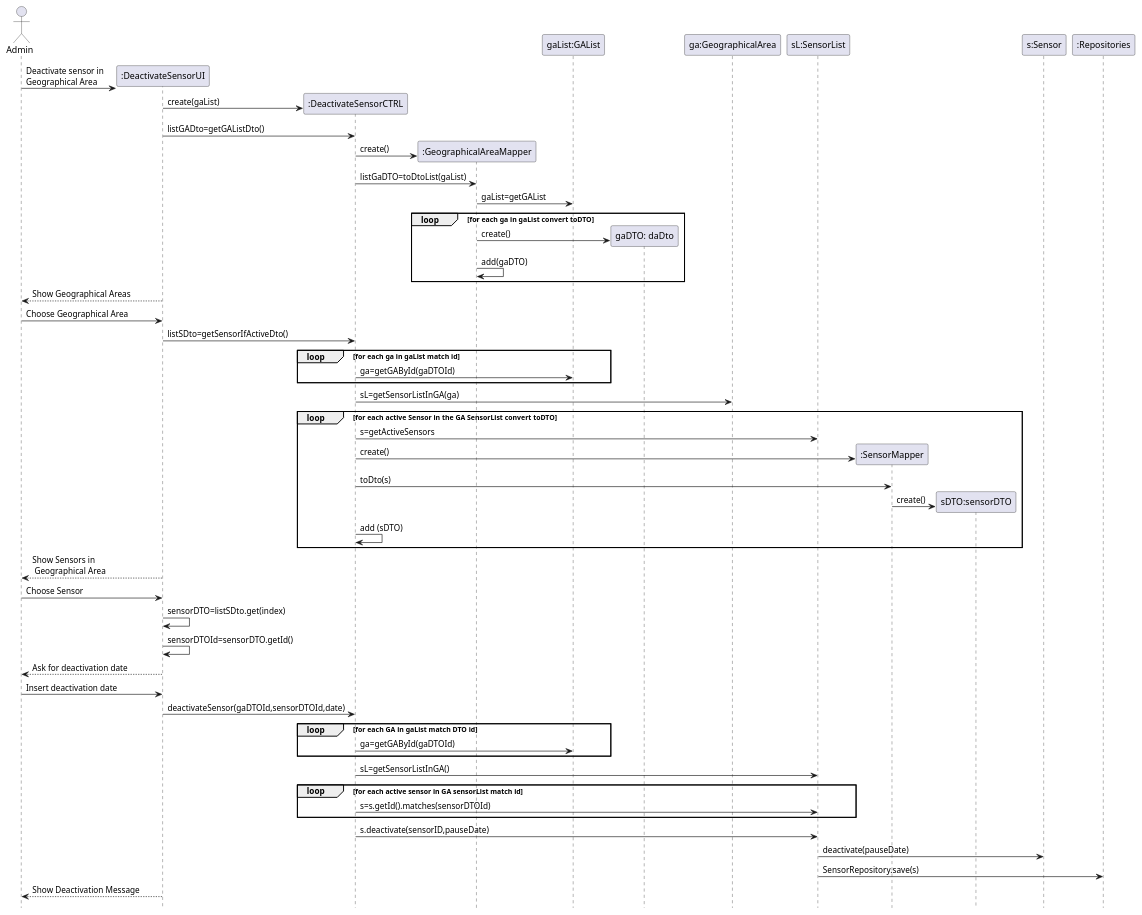
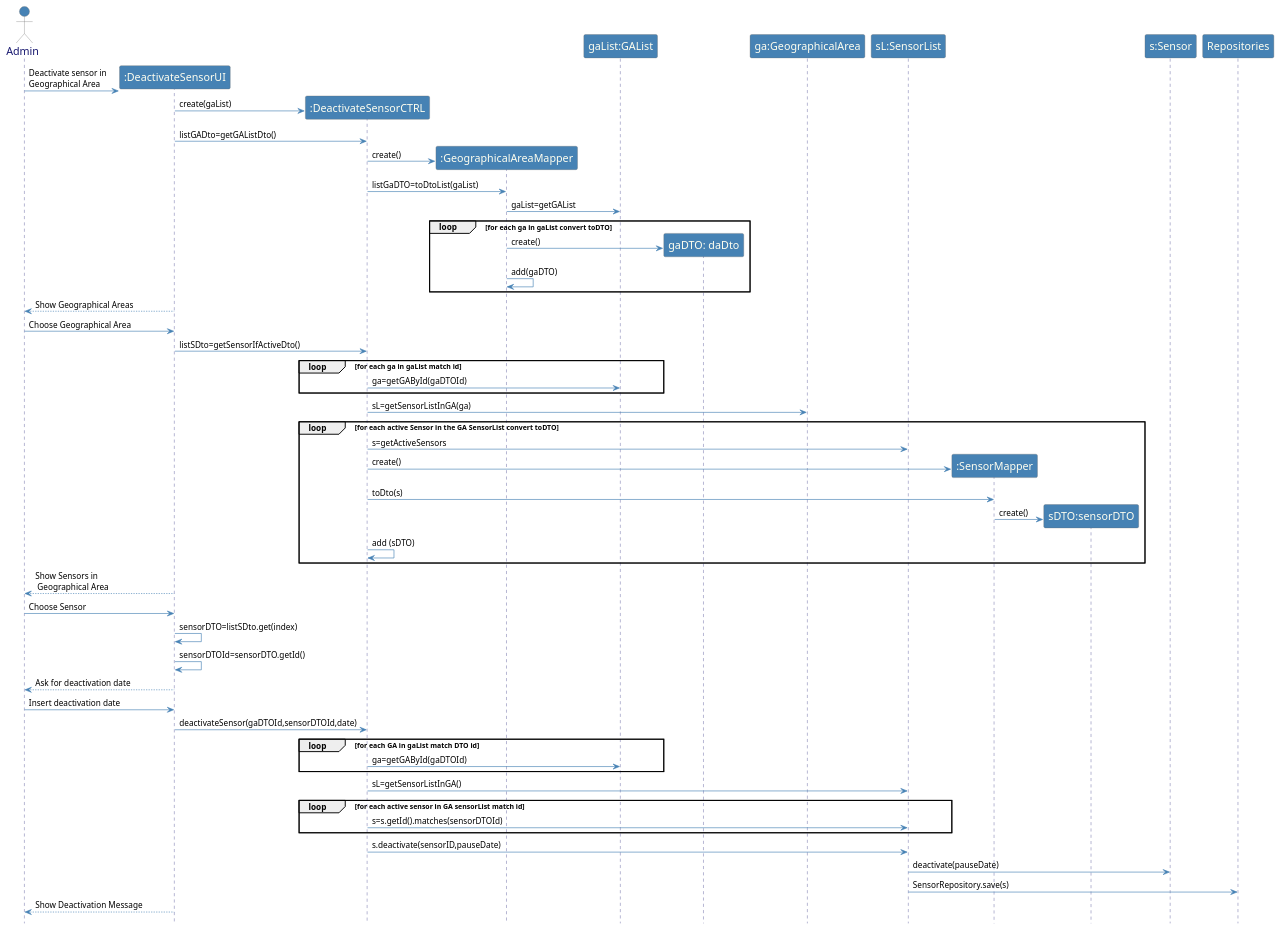
The diagram in src/main/java/smarthome/controller/sequenceDiagrams/sd_DeactivateSensor.puml (emanuel-pereira/hou), drawn with PlantUML before and after one commit. The commit also changed 1 other file, not shown here.

Commit message:
Update Diagrams. Ref #119

```diff
--- a/src/main/java/smarthome/controller/sequenceDiagrams/sd_DeactivateSensor.puml
+++ b/src/main/java/smarthome/controller/sequenceDiagrams/sd_DeactivateSensor.puml
@@ -1,69 +1,95 @@
 @startuml
 hidefootbox
+
+skinparam sequence {
+	ArrowColor SteelBlue
+	ActorBorderColor Dimgray
+	LifeLineBorderColor MidnightBlue
+	LifeLineBackgroundColor #A9DCDF
+
+	ParticipantBorderColor Dimgray
+	ParticipantBackgroundColor SteelBlue
+	ParticipantFontName Calibri Bold
+	ParticipantFontSize 17
+	ParticipantFontColor Ivory
+
+	ActorBackgroundColor SteelBlue
+	ActorFontColor MidnightBlue
+	ActorFontSize 17
+	ActorFontName Aapex
+
+}
+
+skinparam note {
+BorderColor SteelBlue
+}
+
+
+
 actor Admin
 
 create ":DeactivateSensorUI"
 Admin -> ":DeactivateSensorUI":  Deactivate sensor in \nGeographical Area
 create ":DeactivateSensorCTRL"
 ":DeactivateSensorUI" -> ":DeactivateSensorCTRL": create(gaList)
 
 ":DeactivateSensorUI" -> ":DeactivateSensorCTRL": listGADto=getGAListDto()
 
 create ":GeographicalAreaMapper"
 ":DeactivateSensorCTRL"->":GeographicalAreaMapper":create()
 ":DeactivateSensorCTRL"->":GeographicalAreaMapper":listGaDTO=toDtoList(gaList)
 ":GeographicalAreaMapper" -> "gaList:GAList": gaList=getGAList
 
 loop for each ga in gaList convert toDTO
 create "gaDTO: daDto"
 ":GeographicalAreaMapper"->"gaDTO: daDto":create()
 ":GeographicalAreaMapper"->":GeographicalAreaMapper":add(gaDTO)
 end
 
 Admin <-- ":DeactivateSensorUI": Show Geographical Areas
 Admin -> ":DeactivateSensorUI": Choose Geographical Area
 
 
 ":DeactivateSensorUI" -> ":DeactivateSensorCTRL": listSDto=getSensorIfActiveDto()
 loop for each ga in gaList match id
 ":DeactivateSensorCTRL"->"gaList:GAList": ga=getGAById(gaDTOId)
 end
 
 ":DeactivateSensorCTRL"->"ga:GeographicalArea":sL=getSensorListInGA(ga)
 
 loop for each active Sensor in the GA SensorList convert toDTO
 ":DeactivateSensorCTRL" -> "sL:SensorList":s=getActiveSensors
 create ":SensorMapper"
 ":DeactivateSensorCTRL"->":SensorMapper":create()
 ":DeactivateSensorCTRL"->":SensorMapper":toDto(s)
 create "sDTO:sensorDTO"
 ":SensorMapper"->"sDTO:sensorDTO":create()
 ":DeactivateSensorCTRL" -> ":DeactivateSensorCTRL":add (sDTO)
 end
 
 Admin <-- ":DeactivateSensorUI": Show Sensors in\n Geographical Area
 Admin -> ":DeactivateSensorUI": Choose Sensor
 
 ":DeactivateSensorUI" -> ":DeactivateSensorUI":sensorDTO=listSDto.get(index)
 ":DeactivateSensorUI" -> ":DeactivateSensorUI":sensorDTOId=sensorDTO.getId()
 
 Admin <-- ":DeactivateSensorUI": Ask for deactivation date
 Admin -> ":DeactivateSensorUI": Insert deactivation date
 
 ":DeactivateSensorUI" -> ":DeactivateSensorCTRL":deactivateSensor(gaDTOId,sensorDTOId,date)
 
 loop for each GA in gaList match DTO id
 ":DeactivateSensorCTRL"->"gaList:GAList": ga=getGAById(gaDTOId)
 end
 ":DeactivateSensorCTRL"->"sL:SensorList": sL=getSensorListInGA()
 loop for each active sensor in GA sensorList match id
 ":DeactivateSensorCTRL"->"sL:SensorList": s=s.getId().matches(sensorDTOId)
 end
 ":DeactivateSensorCTRL"->"sL:SensorList":s.deactivate(sensorID,pauseDate)
 "sL:SensorList"->"s:Sensor":deactivate(pauseDate)
-"sL:SensorList" -> ":Repositories":SensorRepository.save(s)
+"sL:SensorList" -> Repositories:SensorRepository.save(s)
 
 
 Admin <-- ":DeactivateSensorUI": Show Deactivation Message
 
 @enduml
```
